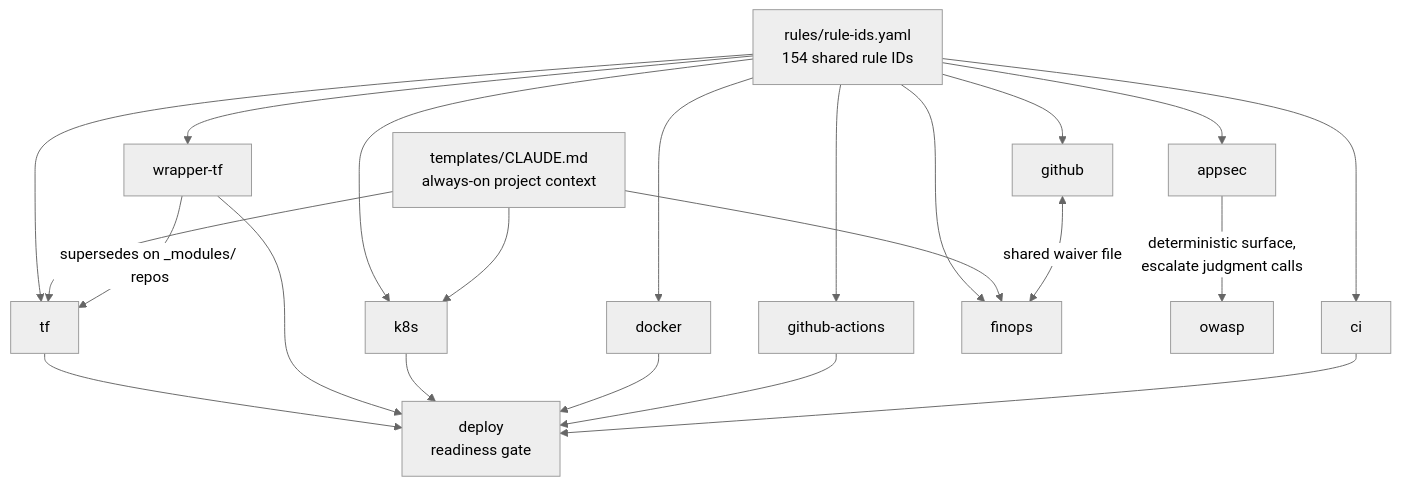
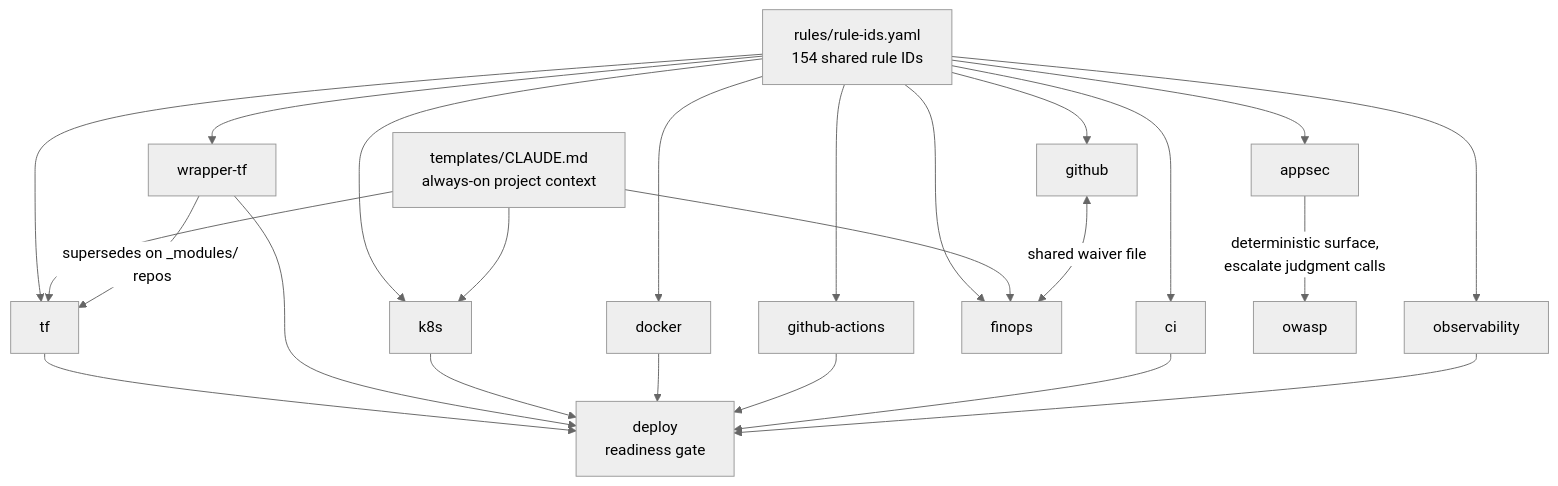
Before and after one commit to anmolnagpal/devops-skills: the diagram in README.md, drawn with Mermaid (neutral theme). The commit also changed other lines of this file and 16 other files, not shown here.

````diff
--- a/README.md
+++ b/README.md
@@ -237,42 +243,45 @@
 ```mermaid
 flowchart TD
     REG["rules/rule-ids.yaml<br/>154 shared rule IDs"]
     CTX["templates/CLAUDE.md<br/>always-on project context"]
 
     TF["tf"]
     WTF["wrapper-tf"]
     K8S["k8s"]
     DOCK["docker"]
     GHA["github-actions"]
     CI["ci"]
     DEP["deploy<br/>readiness gate"]
     GH["github"]
     FIN["finops"]
+    OBS["observability"]
     OW["owasp"]
     APP["appsec"]
 
     REG --> TF
     REG --> WTF
     REG --> K8S
     REG --> DOCK
     REG --> GHA
     REG --> CI
     REG --> GH
     REG --> APP
     REG --> FIN
+    REG --> OBS
     CTX --> TF
     CTX --> K8S
     CTX --> FIN
 
     WTF -->|"supersedes on _modules/ repos"| TF
 
     TF --> DEP
     WTF --> DEP
     K8S --> DEP
     DOCK --> DEP
     GHA --> DEP
     CI --> DEP
+    OBS --> DEP
 
     GH <-->|"shared waiver file"| FIN
     APP -->|"deterministic surface,<br/>escalate judgment calls"| OW
 ```
````
